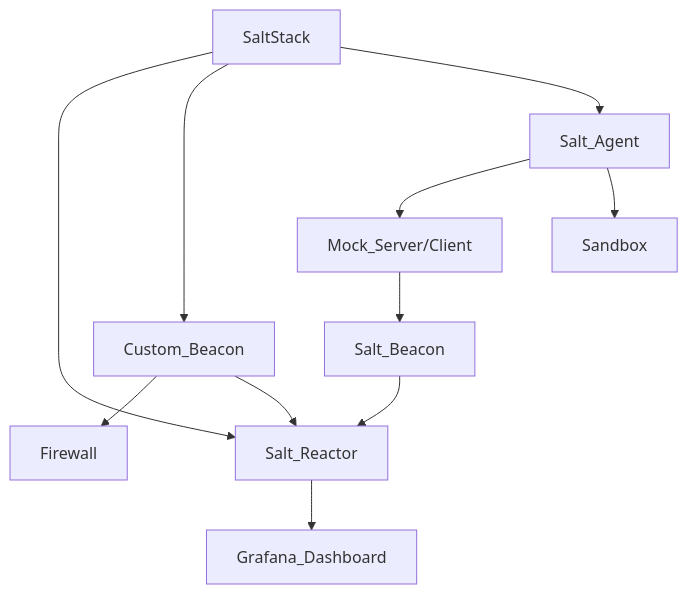
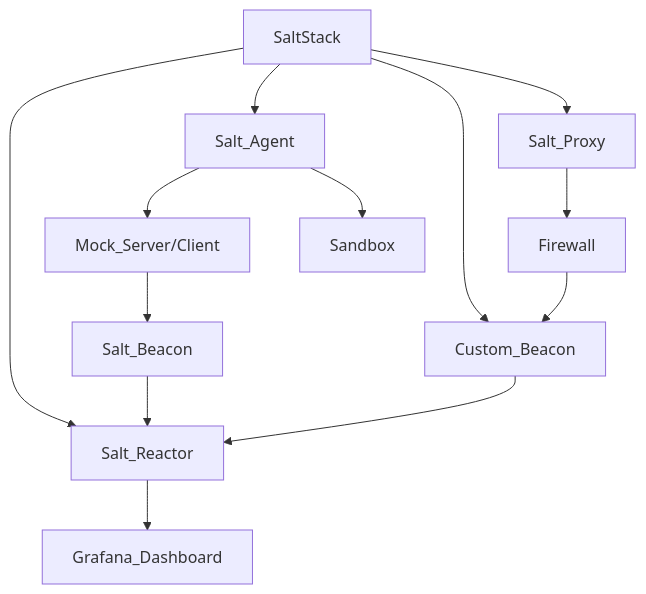
Before and after one commit to hanfil/CyberSalt: the diagram in README.md, drawn with Mermaid.

````diff
--- a/README.md
+++ b/README.md
@@ -16,13 +16,19 @@
 ```mermaid
 graph TD;
-    Custom_Beacon-->Firewall;
-    Salt_Reactor-->Grafana_Dashboard;
     SaltStack-->Salt_Reactor;
     SaltStack-->Custom_Beacon;
-    Custom_Beacon-->Salt_Reactor;
+    SaltStack-->Salt_Proxy;
     SaltStack-->Salt_Agent;
+    
+    Salt_Proxy-->Firewall;
+    Firewall-->Custom_Beacon;
+    
     Mock_Server/Client-->Salt_Beacon;
-    Salt_Beacon-->Salt_Reactor;
     Salt_Agent-->Mock_Server/Client;
     Salt_Agent-->Sandbox;
+    
+    Salt_Beacon-->Salt_Reactor;
+    Custom_Beacon-->Salt_Reactor;
+    
+    Salt_Reactor-->Grafana_Dashboard;
 ```
````
